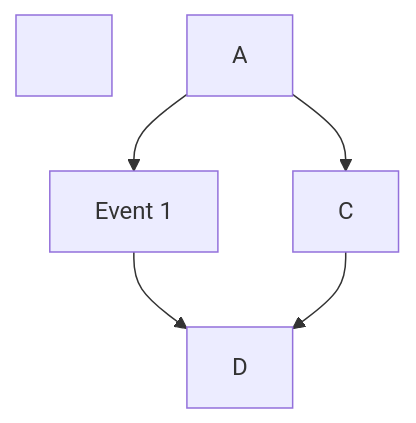
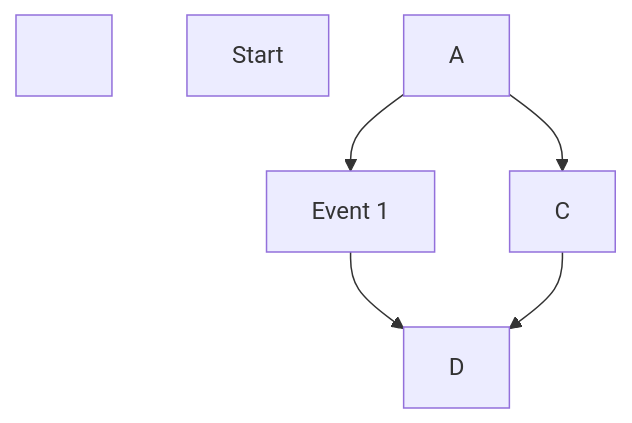
The diagram in README.md (LbsLundAW/DiceGame-Examples), drawn with Mermaid before and after one commit.

````diff
--- a/README.md
+++ b/README.md
@@ -7,13 +7,15 @@
 ```mermaid
 
 flowchart TD
+
+&nbsp;	A\[Start]
 
 &nbsp;	A-->B\[Event 1]
 
 &nbsp;	A-->C
 
 &nbsp;	B\[Event 1]-->D
 
 &nbsp;	C-->D
 
 ```
````
